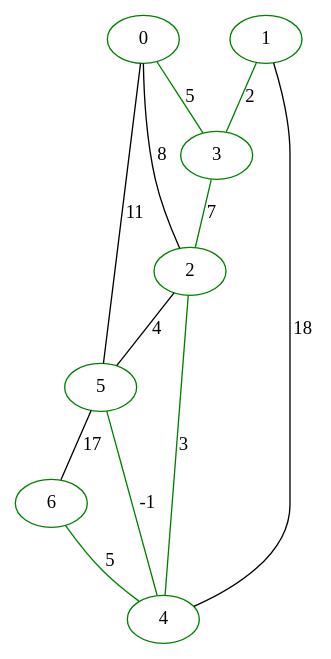
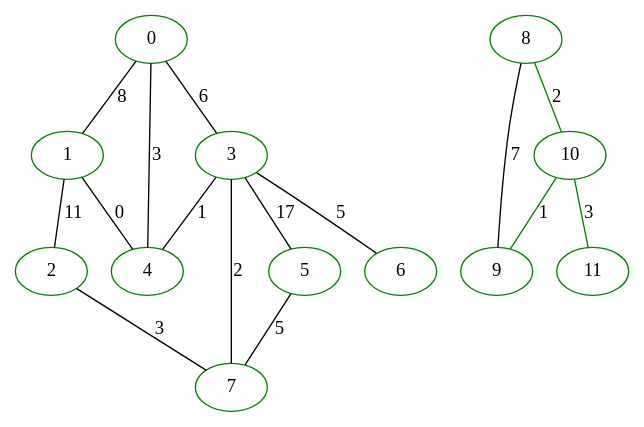
One commit to enzobonf/algoritmos-grafos changed the diagram in output.dot. Above: the diagram before and after it, drawn with Graphviz. The commit also changed 8 other files, not shown here.

```diff
--- a/output.dot
+++ b/output.dot
@@ -1,20 +1,29 @@
 graph G {
 0 [label="0", color=green];
 1 [label="1", color=green];
 2 [label="2", color=green];
 3 [label="3", color=green];
 4 [label="4", color=green];
 5 [label="5", color=green];
 6 [label="6", color=green];
-5 -- 4 [label="-1", color=green];
-1 -- 3 [label="2", color=green];
-2 -- 4 [label="3", color=green];
-0 -- 3 [label="5", color=green];
-6 -- 4 [label="5", color=green];
-3 -- 2 [label="7", color=green];
-0 -- 2 [label="8"];
-0 -- 5 [label="11"];
-1 -- 4 [label="18"];
-2 -- 5 [label="4"];
-5 -- 6 [label="17"];
+7 [label="7", color=green];
+8 [label="8", color=green];
+9 [label="9", color=green];
+10 [label="10", color=green];
+11 [label="11", color=green];
+10 -- 9 [label="1", color=green];
+8 -- 10 [label="2", color=green];
+10 -- 11 [label="3", color=green];
+0 -- 1 [label="8"];
+0 -- 3 [label="6"];
+0 -- 4 [label="3"];
+1 -- 2 [label="11"];
+1 -- 4 [label="0"];
+2 -- 7 [label="3"];
+3 -- 4 [label="1"];
+3 -- 5 [label="17"];
+3 -- 6 [label="5"];
+3 -- 7 [label="2"];
+5 -- 7 [label="5"];
+8 -- 9 [label="7"];
 }
```
